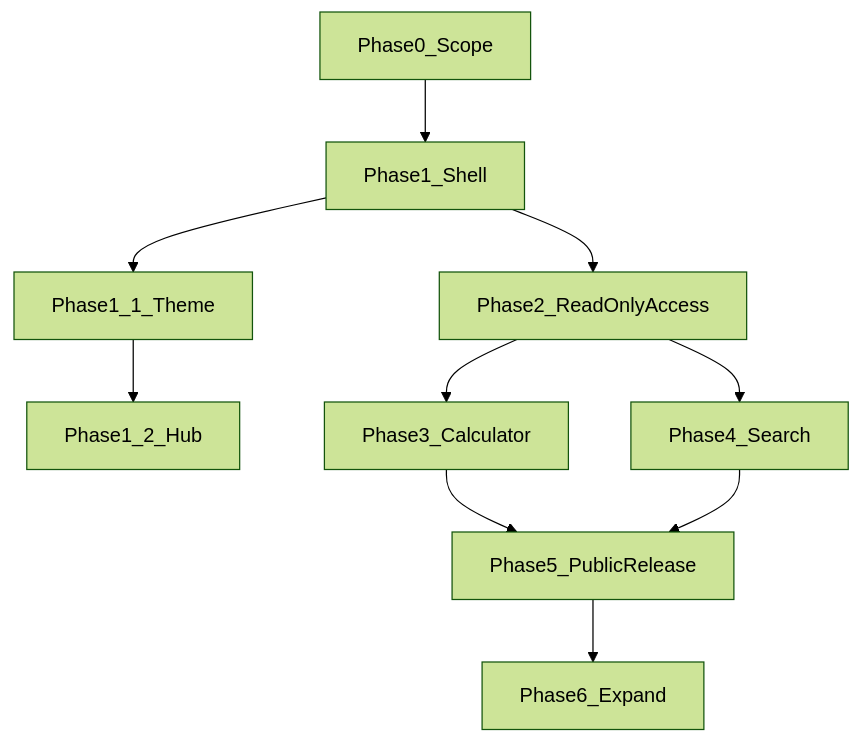
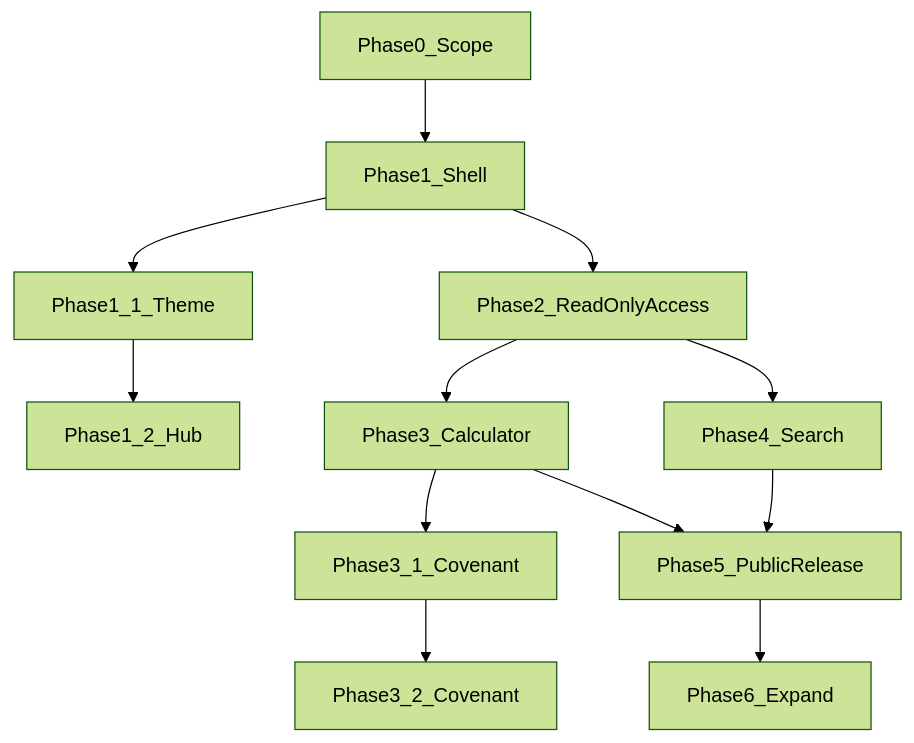
The diagram in .cursor/plans/public_site_phased_plan_61f65cba.plan.md (AnotherAurora/MotherTree), drawn with Mermaid (forest theme) before and after one commit. The commit also changed other lines of this file and 22 other files, not shown here.

````diff
--- a/.cursor/plans/public_site_phased_plan_61f65cba.plan.md
+++ b/.cursor/plans/public_site_phased_plan_61f65cba.plan.md
@@ -60,19 +66,22 @@
 ```mermaid
 flowchart TD
   P0[Phase0_Scope]
   P1[Phase1_Shell]
   P1_1[Phase1_1_Theme]
   P1_2[Phase1_2_Hub]
   P2[Phase2_ReadOnlyAccess]
   P3[Phase3_Calculator]
+  P3_1[Phase3_1_Covenant]
+  P3_2[Phase3_2_Covenant]
   P4[Phase4_Search]
   P5[Phase5_PublicRelease]
   P6[Phase6_Expand]
   P0 --> P1 --> P1_1 --> P1_2
   P1 --> P2
   P2 --> P3
   P2 --> P4
+  P3 --> P3_1 --> P3_2
   P3 --> P5
   P4 --> P5
   P5 --> P6
 ```
````
